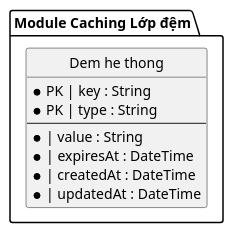
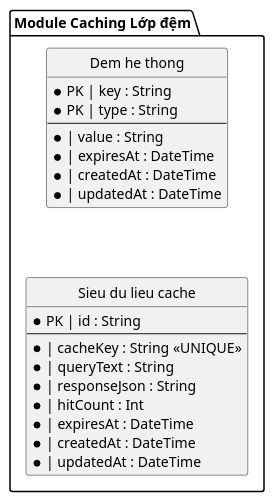
The diagram in docs/uml/ERD/ERD_Cache.puml (ntctuongktpm2211030-crypto/Thuc_Tap_NTD), drawn with PlantUML before and after one commit. The commit also changed 60 other files, not shown here.

```diff
--- a/docs/uml/ERD/ERD_Cache.puml
+++ b/docs/uml/ERD/ERD_Cache.puml
@@ -1,24 +1,36 @@
 @startuml ERD_Cache
 
 left to right direction
 skinparam linetype ortho
 skinparam ranksep 90
 skinparam nodesep 70
 skinparam monochrome true
 hide circle
 hide methods
 hide stereotype
 
 package "Module Caching Lớp đệm" {
   entity "Dem he thong" as SystemCache {
     * PK | key : String
     * PK | type : String
     --
     * | value : String
     * | expiresAt : DateTime
     * | createdAt : DateTime
     * | updatedAt : DateTime
   }
+
+  entity "Sieu du lieu cache" as CacheMetadata {
+    * PK | id : String
+    --
+    * | cacheKey : String <<UNIQUE>>
+    * | queryText : String
+    * | responseJson : String
+    * | hitCount : Int
+    * | expiresAt : DateTime
+    * | createdAt : DateTime
+    * | updatedAt : DateTime
+  }
 }
 
 @enduml
```
